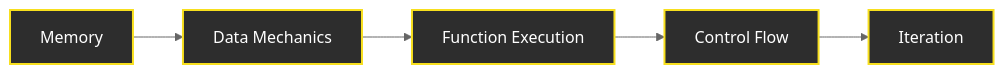
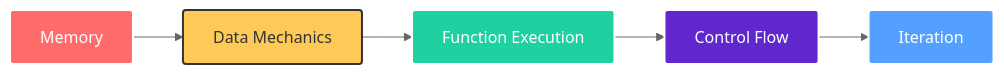
One commit to SonamNarula/ChaiCode-Dev-Cohort changed the second of 3 diagrams in README.md. Above: the diagram before and after it, drawn with Mermaid (neutral theme). The commit also changed other lines of this file, not shown here.

Commit message:
docs: apply vibrant custom color palettes to Mermaid flowcharts

````diff
--- a/README.md
+++ b/README.md
@@ -33,8 +37,13 @@
 ```mermaid
 flowchart LR
-    classDef logic fill:#2d2d2d,stroke:#f7df1e,stroke-width:2px,color:#fff;
-    M[Memory]:::logic --> D[Data Mechanics]:::logic
-    D --> F[Function Execution]:::logic
-    F --> C[Control Flow]:::logic
-    C --> I[Iteration]:::logic
+    classDef m fill:#ff6b6b,stroke:#fff,stroke-width:2px,color:#fff,rx:3px,ry:3px;
+    classDef dm fill:#feca57,stroke:#333,stroke-width:2px,color:#333,rx:3px,ry:3px;
+    classDef fe fill:#1dd1a1,stroke:#fff,stroke-width:2px,color:#fff,rx:3px,ry:3px;
+    classDef cf fill:#5f27cd,stroke:#fff,stroke-width:2px,color:#fff,rx:3px,ry:3px;
+    classDef i fill:#54a0ff,stroke:#fff,stroke-width:2px,color:#fff,rx:3px,ry:3px;
+
+    M[Memory]:::m --> D[Data Mechanics]:::dm
+    D --> F[Function Execution]:::fe
+    F --> C[Control Flow]:::cf
+    C --> I[Iteration]:::i
 ```
````
